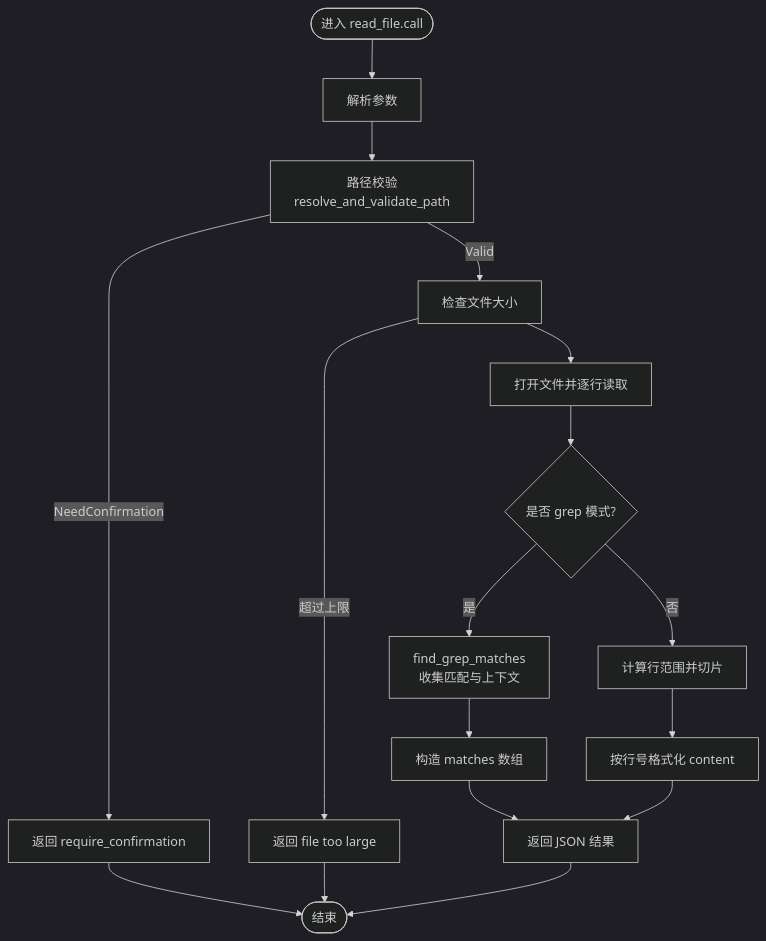
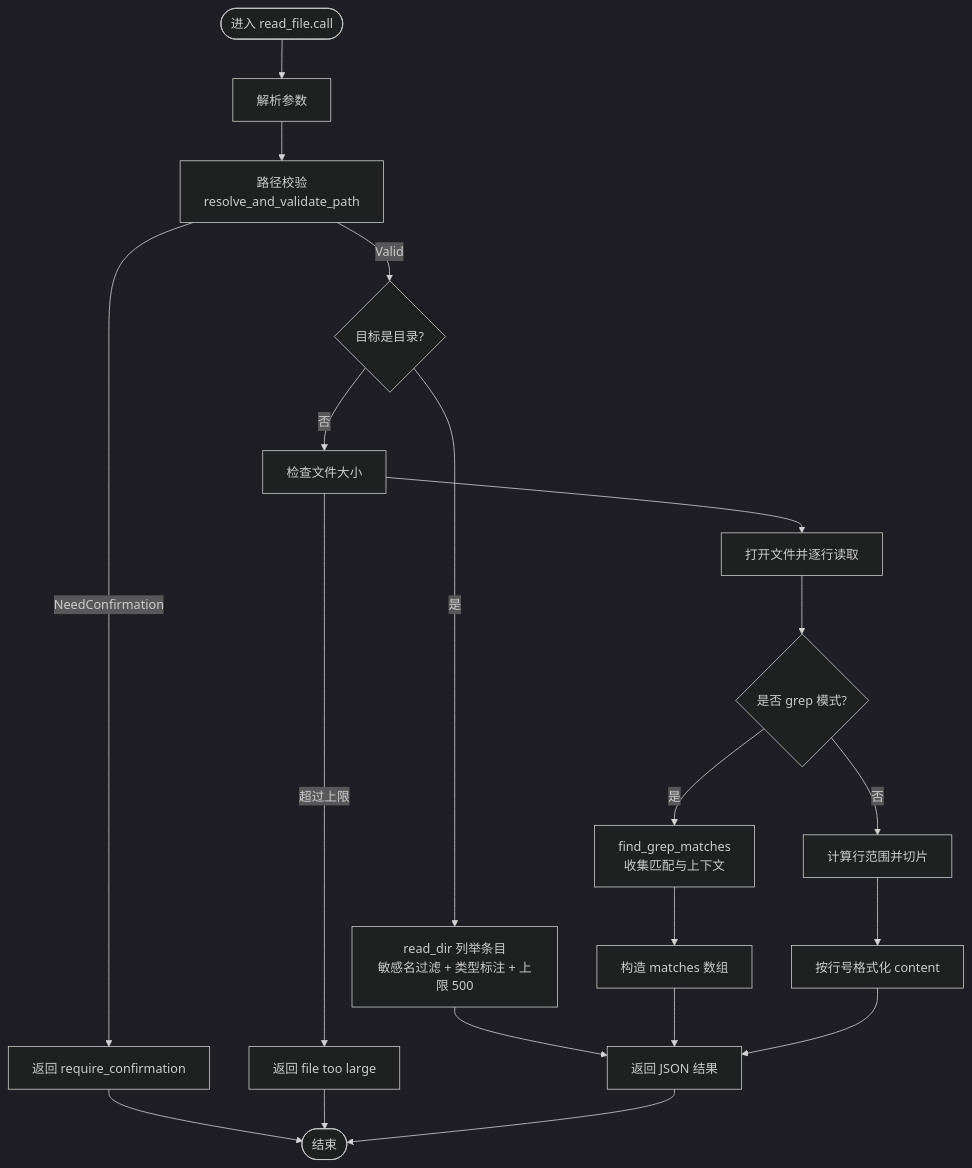
One commit to runningcoders/ai_orz changed the third of 5 diagrams in docs/wiki/zh/content/功能模块/工具生态系统/内置工具集/文件系统工具.md. Above: the diagram before and after it, drawn with Mermaid (dark theme). The commit also changed other lines of this file and 7 other files, not shown here.

````diff
--- a/docs/wiki/zh/content/功能模块/工具生态系统/内置工具集/文件系统工具.md
+++ b/docs/wiki/zh/content/功能模块/工具生态系统/内置工具集/文件系统工具.md
@@ -151,19 +159,22 @@
 ```mermaid
 flowchart TD
 Start(["进入 read_file.call"]) --> Parse["解析参数"]
 Parse --> ValidatePath["路径校验<br/>resolve_and_validate_path"]
 ValidatePath --> |NeedConfirmation| Confirm["返回 require_confirmation"]
-ValidatePath --> |Valid| CheckSize["检查文件大小"]
+ValidatePath --> |Valid| IsDir{"目标是目录?"}
+IsDir --> |是| ListDir["read_dir 列举条目<br/>敏感名过滤 + 类型标注 + 上限 500"]
+IsDir --> |否| CheckSize["检查文件大小"]
 CheckSize --> |超过上限| TooLarge["返回 file too large"]
 CheckSize --> OpenFile["打开文件并逐行读取"]
 OpenFile --> Mode{"是否 grep 模式?"}
 Mode --> |是| Grep["find_grep_matches<br/>收集匹配与上下文"]
 Mode --> |否| Range["计算行范围并切片"]
 Grep --> FormatGrep["构造 matches 数组"]
 Range --> FormatContent["按行号格式化 content"]
-FormatGrep --> Return["返回 JSON 结果"]
+ListDir --> Return["返回 JSON 结果"]
+FormatGrep --> Return
 FormatContent --> Return
 Confirm --> End(["结束"])
 TooLarge --> End
 Return --> End
 ```
````
